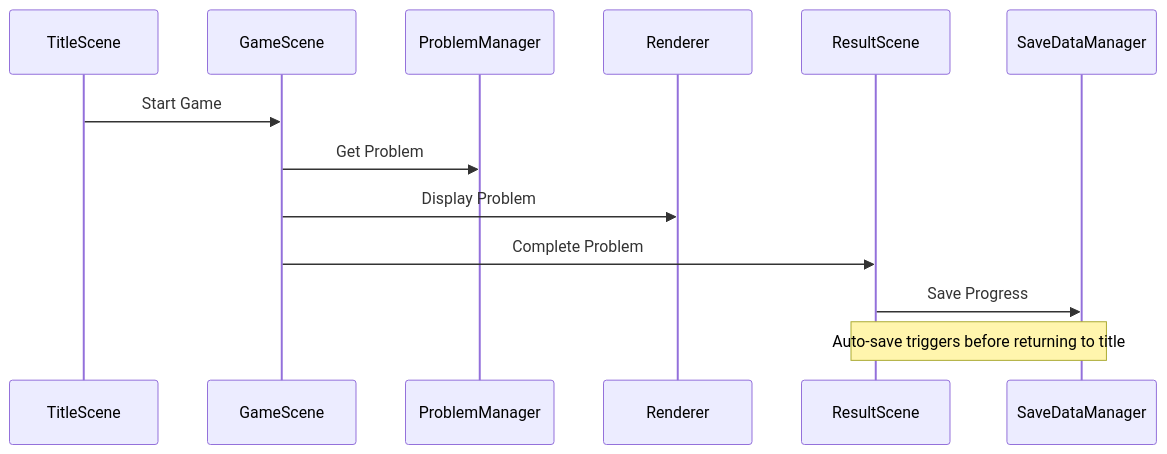
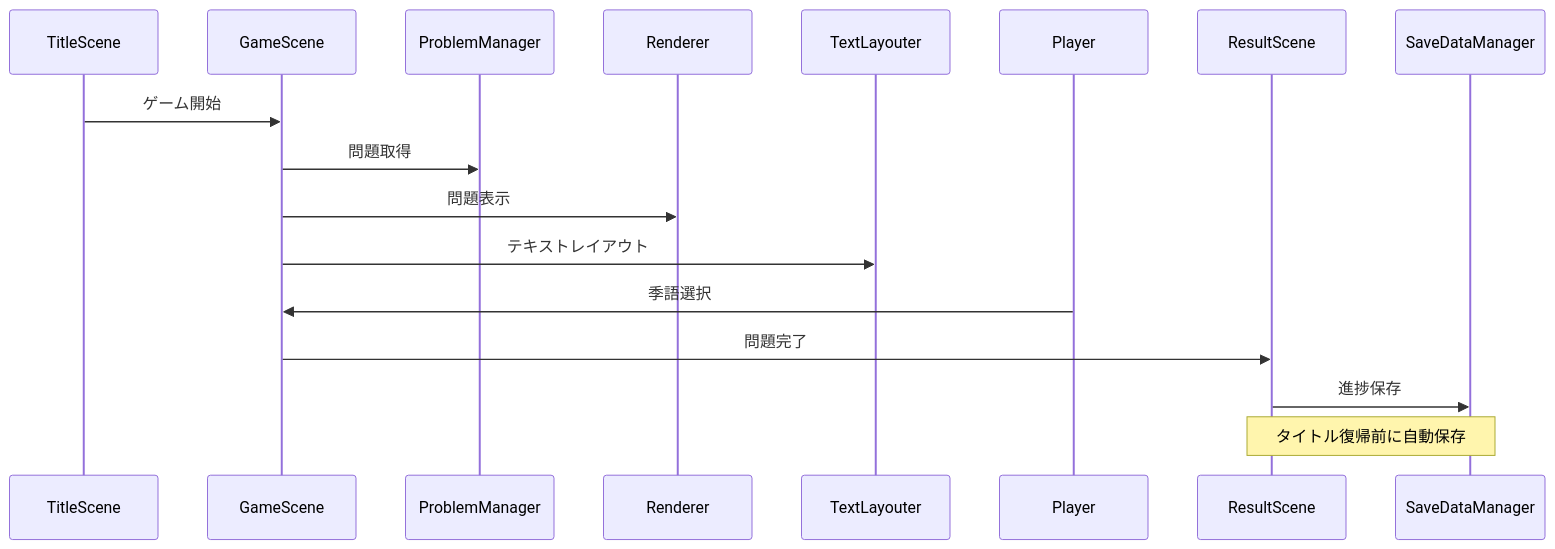
Before and after one commit to choco798/bnscup_game_01: the third of 4 diagrams in bnscup_game_01/bnscup_game_01/docs/system-architecture.md, drawn with Mermaid. The commit also changed other lines of this file and 24 other files, not shown here.

First line of the commit message:
feat: Update system architecture documentation and add specifications and user guide for "季語シンクロ！"

````diff
--- a/bnscup_game_01/bnscup_game_01/docs/system-architecture.md
+++ b/bnscup_game_01/bnscup_game_01/docs/system-architecture.md
@@ -96,9 +131,11 @@
    ```mermaid
    sequenceDiagram
-       TitleScene->>GameScene: Start Game
-       GameScene->>ProblemManager: Get Problem
-       GameScene->>Renderer: Display Problem
-       GameScene->>ResultScene: Complete Problem
-       ResultScene->>SaveDataManager: Save Progress
-       Note over ResultScene,SaveDataManager: Auto-save triggers before returning to title
+       TitleScene->>GameScene: ゲーム開始
+       GameScene->>ProblemManager: 問題取得
+       GameScene->>Renderer: 問題表示
+       GameScene->>TextLayouter: テキストレイアウト
+       Player->>GameScene: 季語選択
+       GameScene->>ResultScene: 問題完了
+       ResultScene->>SaveDataManager: 進捗保存
+       Note over ResultScene,SaveDataManager: タイトル復帰前に自動保存
    ```
````
